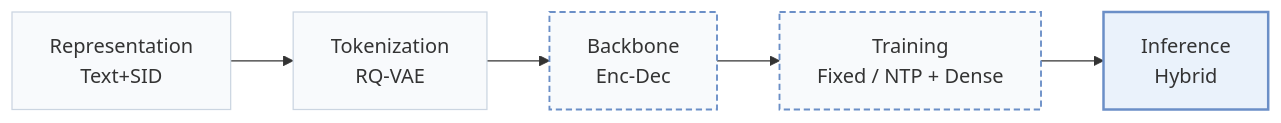
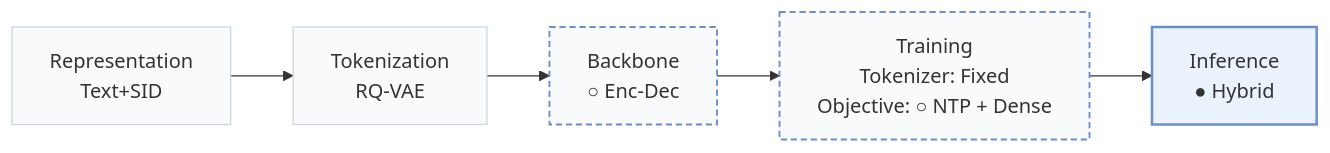
Before and after one commit to Galaxy-ghost/Awesome-SID-Generative-Rec: the first of 3 diagrams in pages/papers/liger.md, drawn with Mermaid. The commit also changed other lines of this file and 558 other files, not shown here.

````diff
--- a/pages/papers/liger.md
+++ b/pages/papers/liger.md
@@ -15,10 +19,10 @@
 ```mermaid
 flowchart LR
-    R["Representation<br/>Text+SID"] --> T["Tokenization<br/>RQ-VAE"] --> B["Backbone<br/>Enc-Dec"] --> TR["Training<br/>Fixed / NTP + Dense"] --> I["Inference<br/>Hybrid"]
+    R["Representation<br/>Text+SID"] --> T["Tokenization<br/>RQ-VAE"] --> B["Backbone<br/>○ Enc-Dec"] --> TR["Training<br/>Tokenizer: Fixed<br/>Objective: ○ NTP + Dense"] --> I["Inference<br/>● Hybrid"]
     classDef base fill:#f8fafc,stroke:#cbd5e1
     class R,T,B,TR,I base
-    classDef also fill:#f8fafc,stroke:#6b8fc7,stroke-width:1.5px,stroke-dasharray:5 3
-    class B,TR also
+    classDef other fill:#f8fafc,stroke:#6b8fc7,stroke-width:1.5px,stroke-dasharray:5 3
+    class B,TR other
     classDef main fill:#eaf2fb,stroke:#6b8fc7,stroke-width:2px
     class I main
 ```
````
